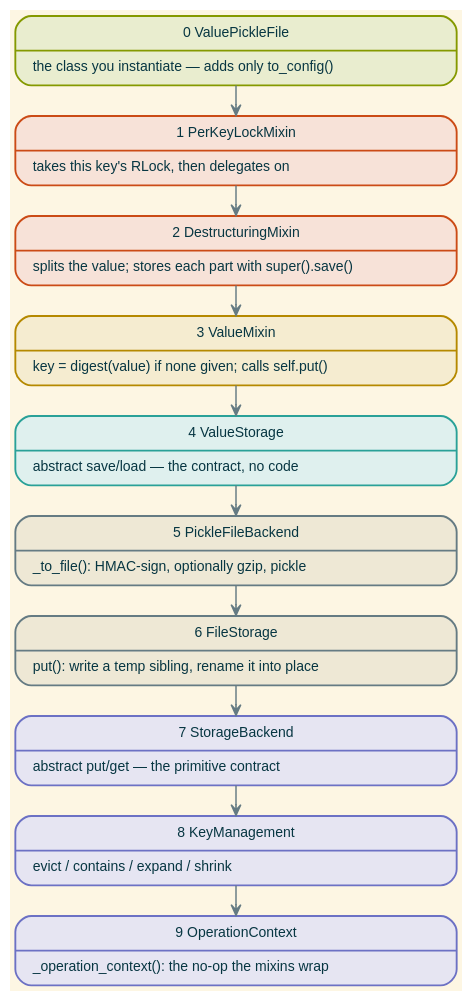
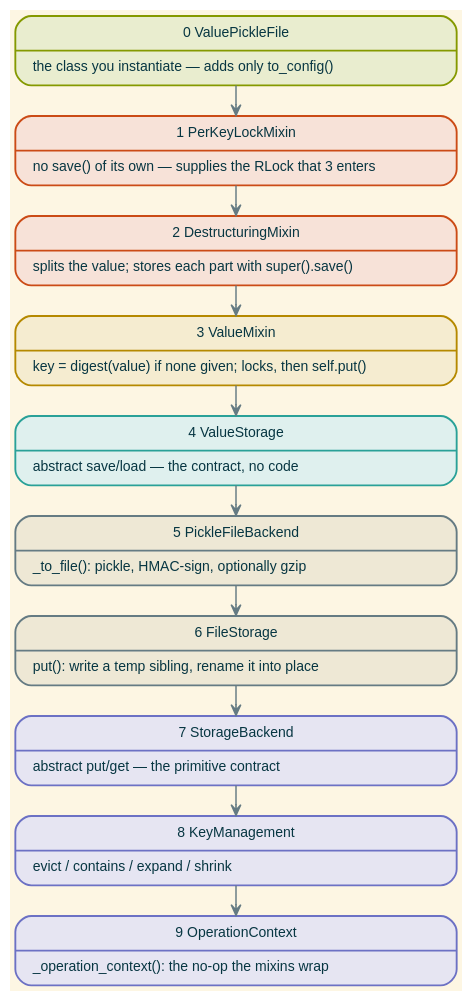
Before and after one commit to pmrv/fleche: the diagram in docs/figures/storage_mro.dot, drawn with Graphviz. The commit also changed 4 other files, not shown here.

```diff
--- a/docs/figures/storage_mro.dot
+++ b/docs/figures/storage_mro.dot
@@ -1,63 +1,63 @@
 /*
  * One concrete storage class exploded into its method resolution order:
  * ValuePickleFile(PerKeyLockMixin, DestructuringMixin, ValueMixin, PickleFileBackend).
  *
  * Render with:
  *   dot -Tsvg docs/figures/storage_mro.dot -o docs/figures/storage_mro.svg
  *
  * Node colours match docs/figures/storage_hierarchy.dot: violet = core
  * abstraction, teal = domain interface, yellow = bridge mixin, orange =
  * cross-cutting mixin, sand = backend implementation, green = the concrete
  * class itself.  Palette is solarized light, as in docs/_static/custom.css.
  */
 digraph StorageMRO {
     graph [
         rankdir=TB
         splines=spline
         nodesep=0.30
         ranksep=0.30
         fontname="Helvetica,Arial,sans-serif"
         fontsize=12
         bgcolor="#fdf6e3"
         fontcolor="#586e75"
     ]
     node [
         shape=record
         fontname="Helvetica,Arial,sans-serif"
         fontsize=10.5
         fontcolor="#073642"
         style="filled,rounded"
         penwidth=1.4
         margin="0.18,0.10"
         width=4.6
     ]
     edge [
         color="#657b83"
         arrowhead=vee
         arrowsize=0.8
         penwidth=1.1
     ]
 
     n0 [label="{0\ ValuePickleFile|the class you instantiate — adds only to_config()\l}"
         fillcolor="#e9edcf" color="#859900"]
-    n1 [label="{1\ PerKeyLockMixin|takes this key's RLock, then delegates on\l}"
+    n1 [label="{1\ PerKeyLockMixin|no save() of its own — supplies the RLock that 3 enters\l}"
         fillcolor="#f7e2d8" color="#cb4b16"]
     n2 [label="{2\ DestructuringMixin|splits the value; stores each part with super().save()\l}"
         fillcolor="#f7e2d8" color="#cb4b16"]
-    n3 [label="{3\ ValueMixin|key = digest(value) if none given; calls self.put()\l}"
+    n3 [label="{3\ ValueMixin|key = digest(value) if none given; locks, then self.put()\l}"
         fillcolor="#f5ecd0" color="#b58900"]
     n4 [label="{4\ ValueStorage|abstract save/load — the contract, no code\l}"
         fillcolor="#dff0ee" color="#2aa198"]
-    n5 [label="{5\ PickleFileBackend|_to_file(): HMAC-sign, optionally gzip, pickle\l}"
+    n5 [label="{5\ PickleFileBackend|_to_file(): pickle, HMAC-sign, optionally gzip\l}"
         fillcolor="#eee8d5" color="#657b83"]
     n6 [label="{6\ FileStorage|put(): write a temp sibling, rename it into place\l}"
         fillcolor="#eee8d5" color="#657b83"]
     n7 [label="{7\ StorageBackend|abstract put/get — the primitive contract\l}"
         fillcolor="#e6e5f2" color="#6c71c4"]
     n8 [label="{8\ KeyManagement|evict / contains / expand / shrink\l}"
         fillcolor="#e6e5f2" color="#6c71c4"]
     n9 [label="{9\ OperationContext|_operation_context(): the no-op the mixins wrap\l}"
         fillcolor="#e6e5f2" color="#6c71c4"]
 
     n0 -> n1 -> n2 -> n3 -> n4 -> n5 -> n6 -> n7 -> n8 -> n9
 }
```
